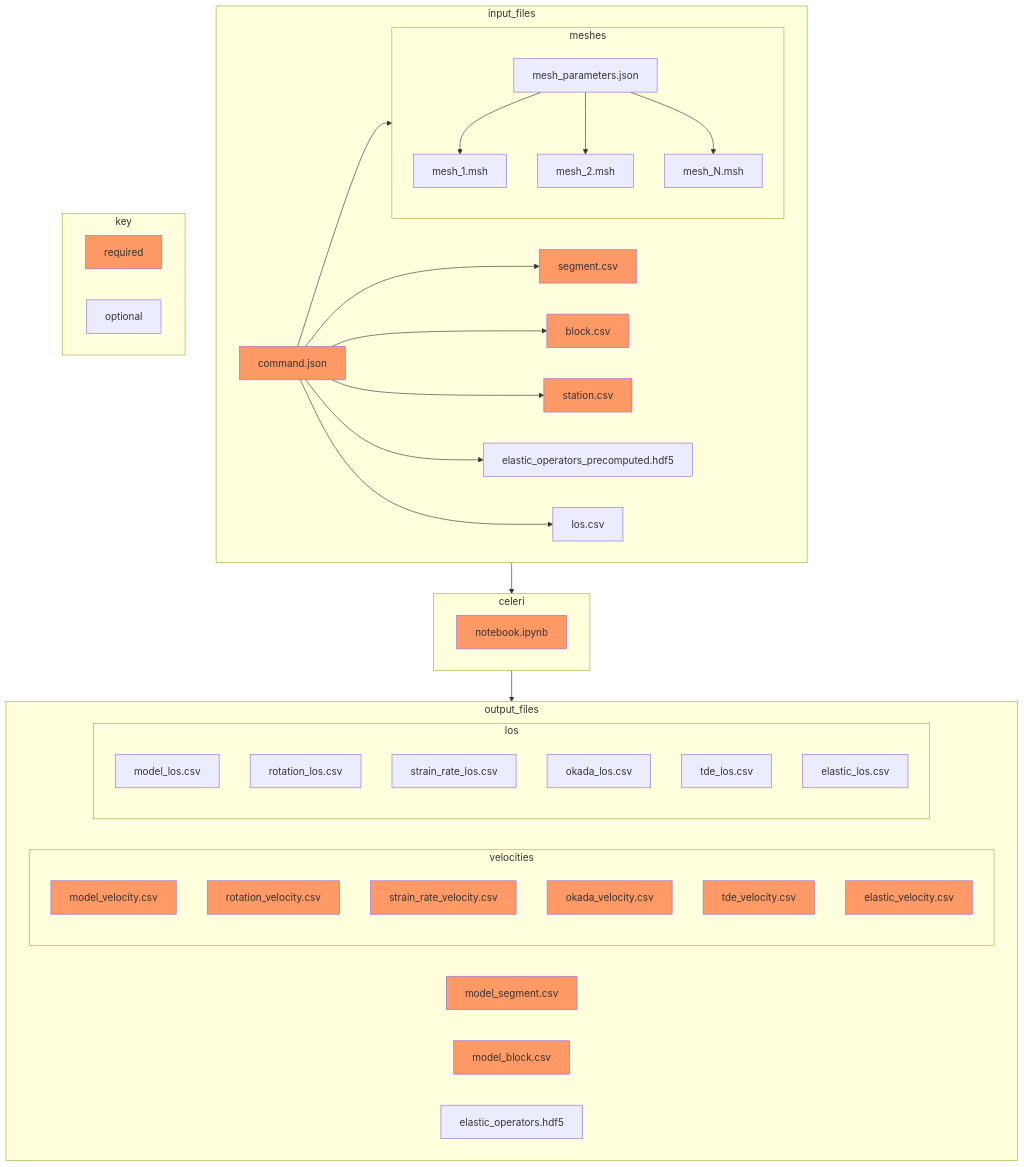
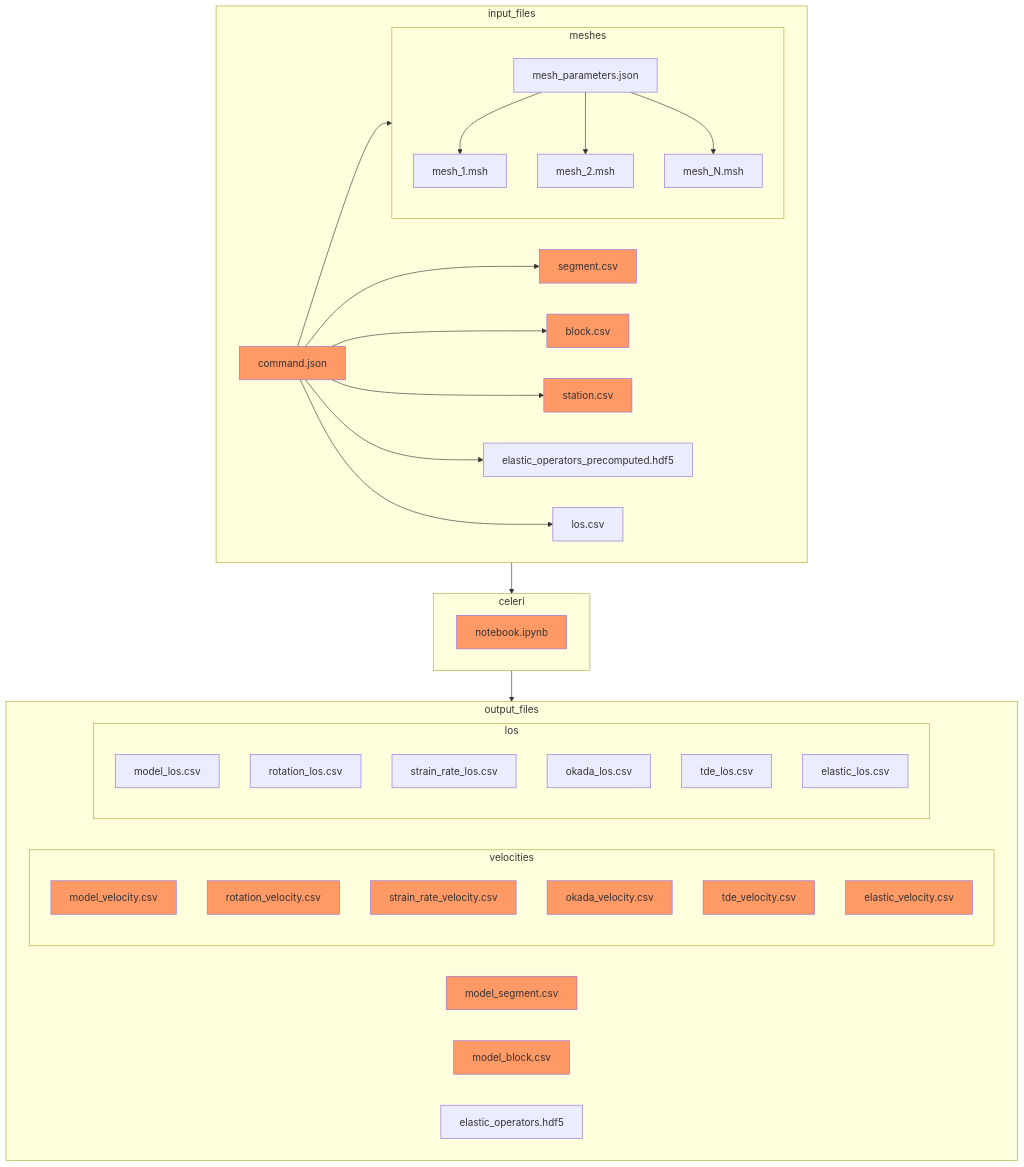
Before and after one commit to brendanjmeade/celeri: the diagram in README.md, drawn with Mermaid. The commit also changed other lines of this file, not shown here.

Commit message:
Removed key and demo

````diff
--- a/README.md
+++ b/README.md
@@ -40,48 +24,44 @@
 ```mermaid
 flowchart TD
   classDef required fill:#f96;
   subgraph input_files
     command.json:::required --> segment.csv:::required
     command.json:::required --> block.csv:::required
     command.json:::required --> station.csv:::required
     subgraph meshes
       mesh_parameters.json
       mesh_parameters.json --> mesh_1.msh
       mesh_parameters.json --> mesh_2.msh
       mesh_parameters.json --> mesh_N.msh
     end
     command.json --> meshes
     command.json --> elastic_operators_precomputed.hdf5
     command.json --> los.csv
   end
   subgraph celeri
     notebook.ipynb:::required
   end
   subgraph output_files
     model_segment.csv:::required
     model_block.csv:::required
     elastic_operators.hdf5
     subgraph velocities
       model_velocity.csv:::required
       rotation_velocity.csv:::required
       strain_rate_velocity.csv:::required
       okada_velocity.csv:::required
       tde_velocity.csv:::required
       elastic_velocity.csv:::required
     end
     subgraph los
       model_los.csv
       rotation_los.csv
       strain_rate_los.csv
       okada_los.csv
       tde_los.csv
       elastic_los.csv
     end
   end
-  subgraph key
-    required:::required
-    optional
-  end
   input_files --> celeri
   celeri --> output_files
 ```
````
